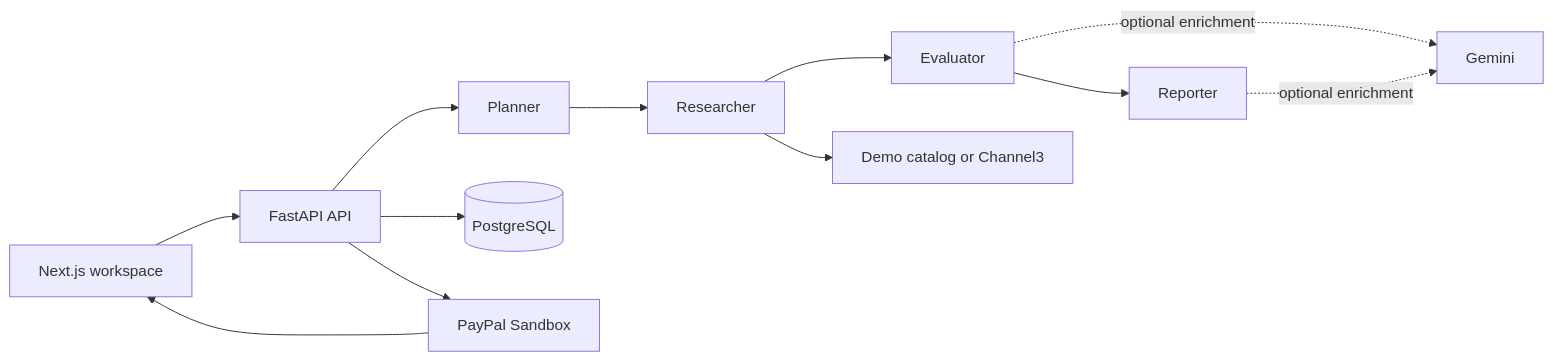
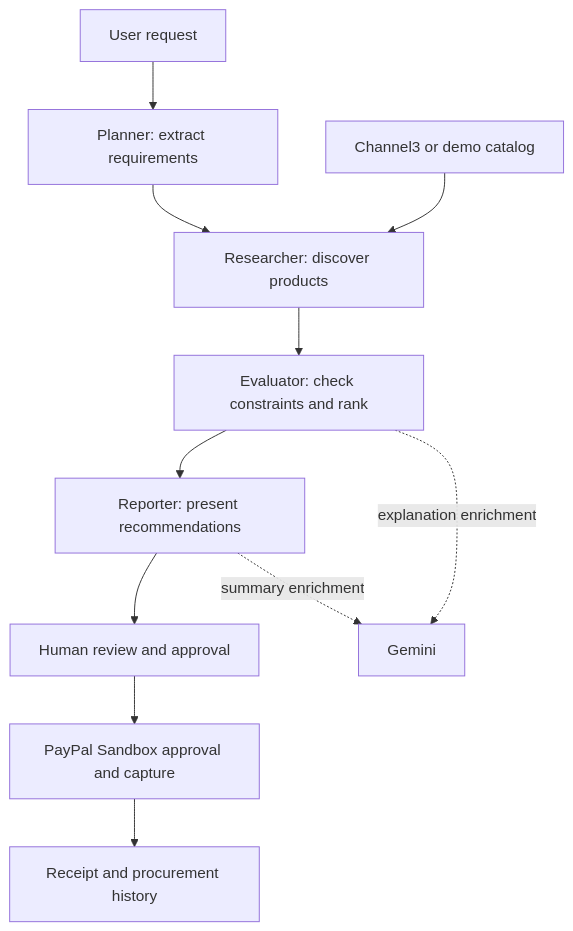
One commit to srivastava0811/ARC changed the diagram in README.md. Above: the diagram before and after it, drawn with Mermaid. The commit also changed other lines of this file and 3 other files, not shown here.

````diff
--- a/README.md
+++ b/README.md
@@ -34,14 +29,13 @@
 ```mermaid
-flowchart LR
-    U[Next.js workspace] --> A[FastAPI API]
-    A --> P[Planner]
-    P --> R[Researcher]
-    R --> E[Evaluator]
-    E --> W[Reporter]
-    R --> C[Demo catalog or Channel3]
-    E -. optional enrichment .-> G[Gemini]
-    W -. optional enrichment .-> G
-    A --> D[(PostgreSQL)]
-    A --> S[PayPal Sandbox]
-    S --> U
+flowchart TD
+    U[User request] --> P[Planner: extract requirements]
+    P --> R[Researcher: discover products]
+    R --> E[Evaluator: check constraints and rank]
+    E --> T[Reporter: present recommendations]
+    T --> H[Human review and approval]
+    H --> S[PayPal Sandbox approval and capture]
+    S --> D[Receipt and procurement history]
+    C[Channel3 or demo catalog] --> R
+    E -. explanation enrichment .-> G[Gemini]
+    T -. summary enrichment .-> G
 ```
````
